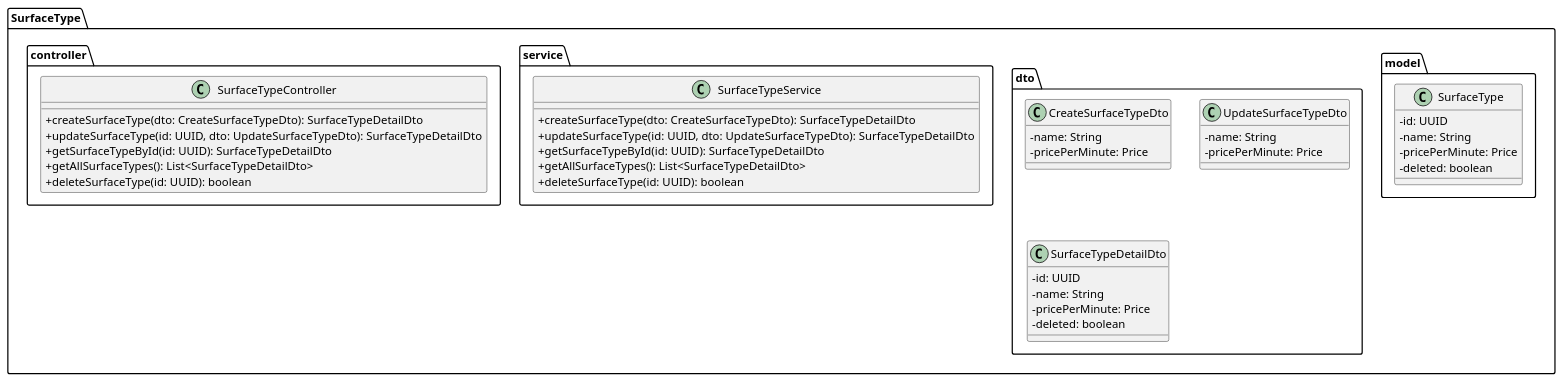
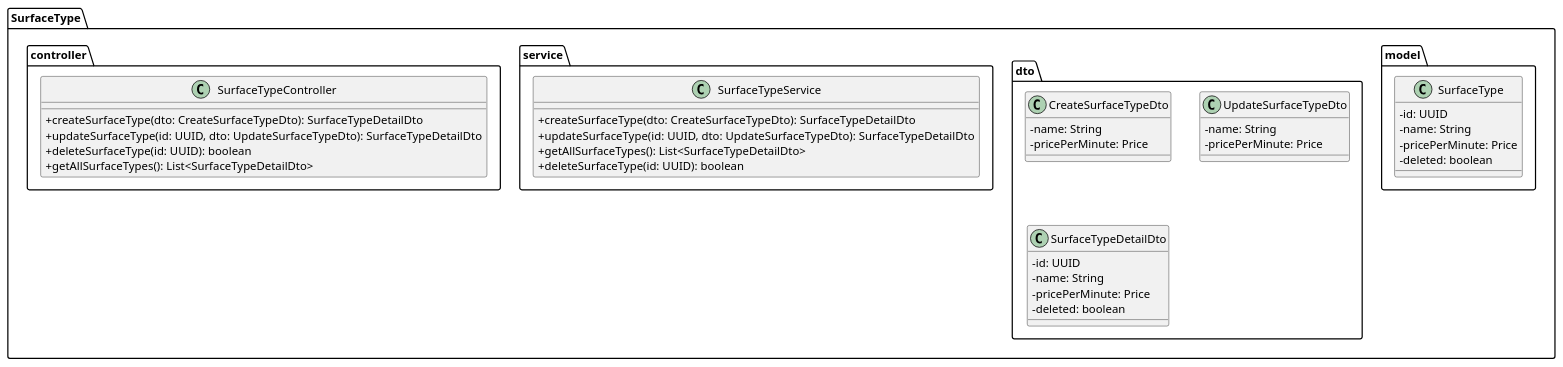
The diagram in docs/diagram/class-surfaceType.puml (tondracek/inqool-tennis), drawn with PlantUML before and after one commit. The commit also changed 2 other files, not shown here.

```diff
--- a/docs/diagram/class-surfaceType.puml
+++ b/docs/diagram/class-surfaceType.puml
@@ -1,56 +1,54 @@
 @startuml
 
 skinparam classAttributeIconSize 0
 
 package "SurfaceType" {
 
 	package "model" {
 	  class SurfaceType {
       - id: UUID
       - name: String
       - pricePerMinute: Price
       - deleted: boolean
     }
 	}
 
 	package "dto" {
 	  class CreateSurfaceTypeDto {
 	    - name: String
 	    - pricePerMinute: Price
 	  }
 
 	  class UpdateSurfaceTypeDto {
 	    - name: String
 	    - pricePerMinute: Price
 	  }
 
 	  class SurfaceTypeDetailDto {
 	    - id: UUID
 	    - name: String
 	    - pricePerMinute: Price
 	    - deleted: boolean
 	  }
 	}
 
 	package "service" {
 		class SurfaceTypeService {
 			+ createSurfaceType(dto: CreateSurfaceTypeDto): SurfaceTypeDetailDto
 			+ updateSurfaceType(id: UUID, dto: UpdateSurfaceTypeDto): SurfaceTypeDetailDto
-			+ getSurfaceTypeById(id: UUID): SurfaceTypeDetailDto
 			+ getAllSurfaceTypes(): List<SurfaceTypeDetailDto>
 			+ deleteSurfaceType(id: UUID): boolean
 		}
 	}
 
 	package "controller" {
 		class SurfaceTypeController {
 			+ createSurfaceType(dto: CreateSurfaceTypeDto): SurfaceTypeDetailDto
 			+ updateSurfaceType(id: UUID, dto: UpdateSurfaceTypeDto): SurfaceTypeDetailDto
-			+ getSurfaceTypeById(id: UUID): SurfaceTypeDetailDto
+			+ deleteSurfaceType(id: UUID): boolean
 			+ getAllSurfaceTypes(): List<SurfaceTypeDetailDto>
-			+ deleteSurfaceType(id: UUID): boolean
 		}
 	}
 }
 
 @enduml
```
